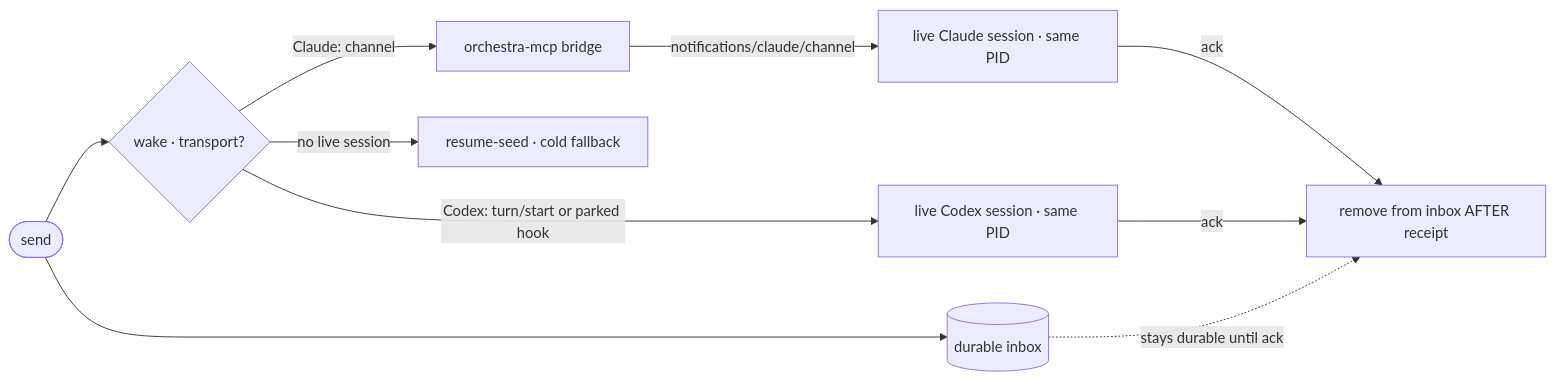
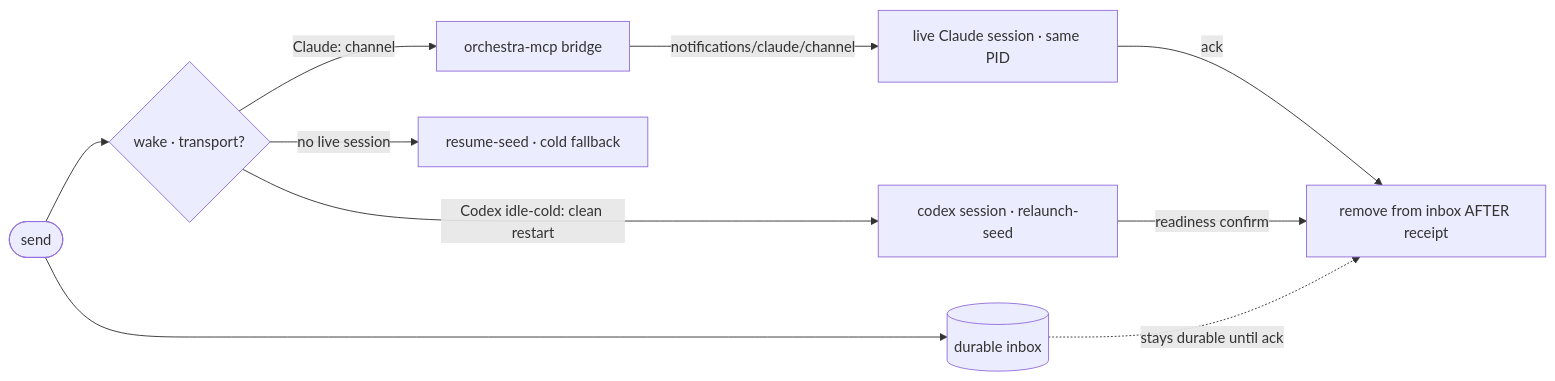
Before and after one commit to PeiAllen/claude-kanban: the second of 2 diagrams in notes/designs/live-wake-delivery/01-design.md, drawn with Mermaid. The commit also changed other lines of this file and 4 other files, not shown here.

First line of the commit message:
design(live-wake-delivery): cross-layer sync pass — retire L1's stale park/MutationVerb framing, propagate 5866ea folds through every traceability table

````diff
--- a/notes/designs/live-wake-delivery/01-design.md
+++ b/notes/designs/live-wake-delivery/01-design.md
@@ -322,12 +338,12 @@
 ```mermaid
 flowchart LR
   Send([send]) --> Enq[(durable inbox)]
   Send --> Wake{wake · transport?}
   Wake -->|Claude: channel| Bridge[orchestra-mcp bridge]
   Bridge -->|notifications/claude/channel| CS[live Claude session · same PID]
-  Wake -->|Codex: turn/start or parked hook| CX[live Codex session · same PID]
+  Wake -->|Codex idle-cold: clean restart| CX[codex session · relaunch-seed]
   Wake -->|no live session| RS[resume-seed · cold fallback]
   CS -->|ack| Deq[remove from inbox AFTER receipt]
-  CX -->|ack| Deq
+  CX -->|readiness confirm| Deq
   Enq -.stays durable until ack.-> Deq
 ```
````
